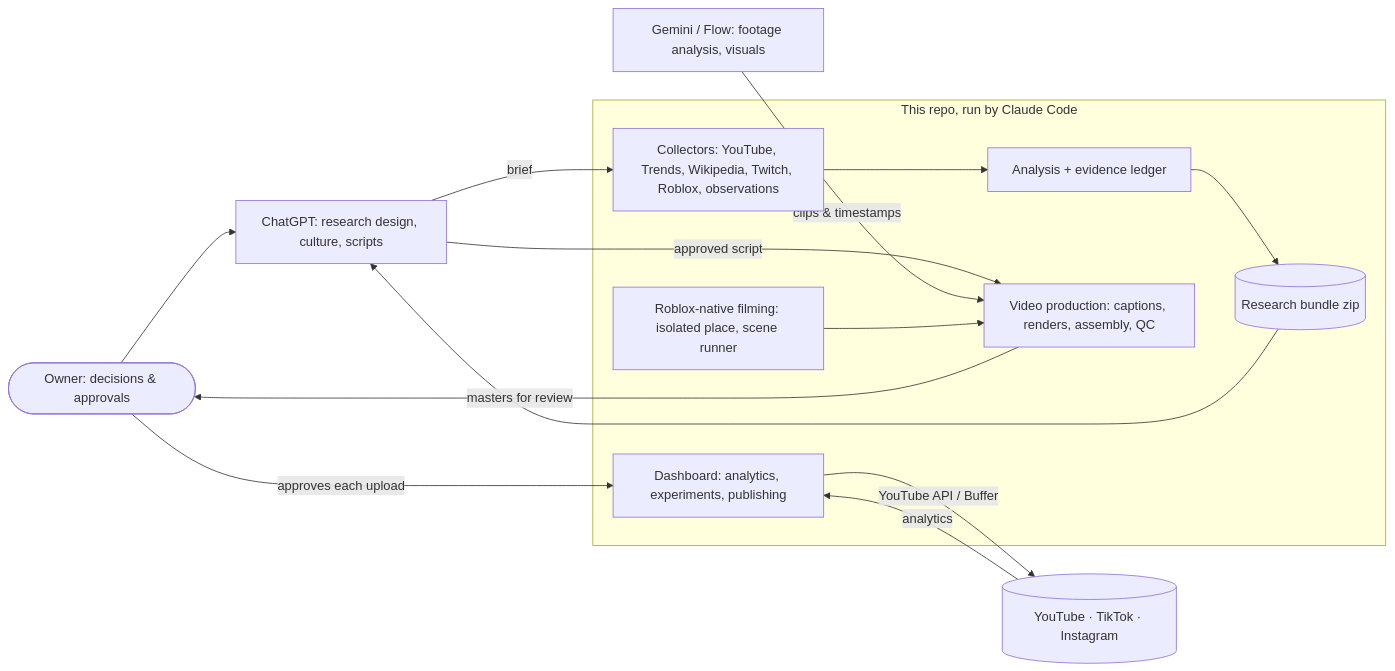
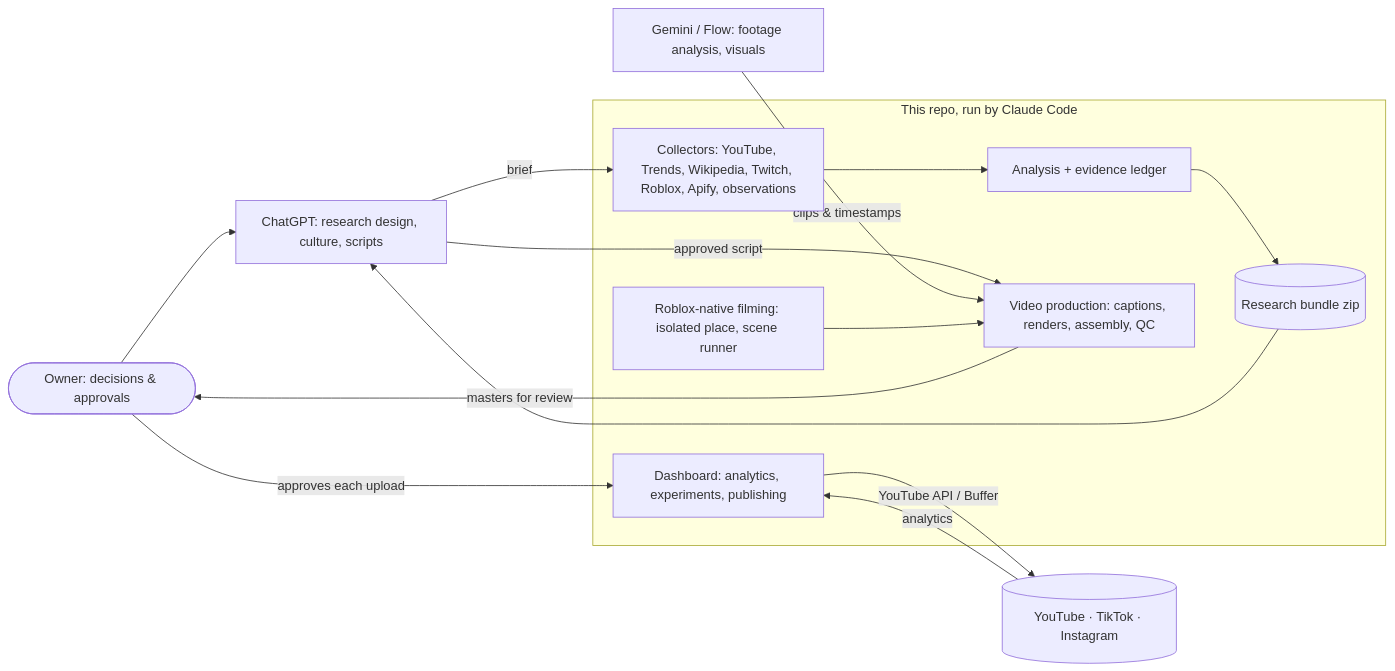
One commit to jarems421/slugshot-marketing changed the diagram in README.md. Above: the diagram before and after it, drawn with Mermaid. The commit also changed other lines of this file and 16 other files, not shown here.

````diff
--- a/README.md
+++ b/README.md
@@ -18,24 +18,24 @@
 ```mermaid
 flowchart LR
     Owner([Owner: decisions & approvals])
     GPT[ChatGPT: research design, culture, scripts]
     Gem[Gemini / Flow: footage analysis, visuals]
     subgraph Repo [This repo, run by Claude Code]
-        Collect[Collectors: YouTube, Trends, Wikipedia, Twitch, Roblox, observations]
+        Collect[Collectors: YouTube, Trends, Wikipedia, Twitch, Roblox, Apify, observations]
         Analyse[Analysis + evidence ledger]
         Bundle[(Research bundle zip)]
         Produce[Video production: captions, renders, assembly, QC]
         Roblox[Roblox-native filming: isolated place, scene runner]
         Dash[Dashboard: analytics, experiments, publishing]
     end
     Platforms[(YouTube · TikTok · Instagram)]
     Owner --> GPT
     GPT -- brief --> Collect --> Analyse --> Bundle --> GPT
     GPT -- approved script --> Produce
     Gem -- clips & timestamps --> Produce
     Roblox --> Produce
     Produce -- masters for review --> Owner
     Owner -- approves each upload --> Dash
     Dash -- YouTube API / Buffer --> Platforms
     Platforms -- analytics --> Dash
 ```
````
